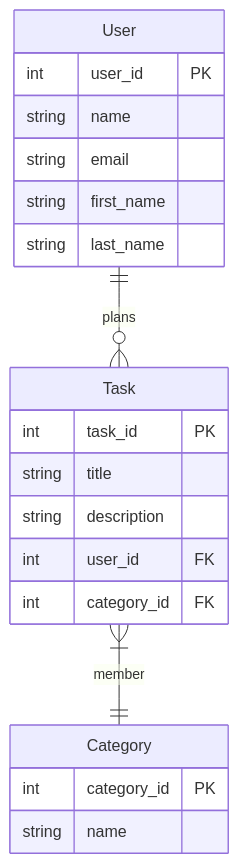
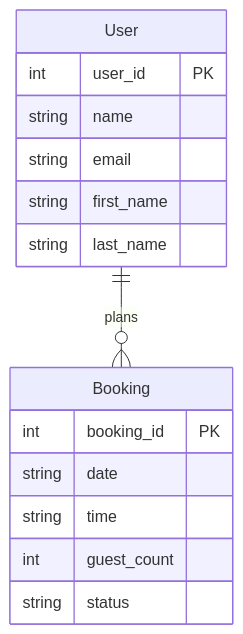
The diagram in README.md (ctr-code/mermaid-erd), drawn with Mermaid before and after one commit.

Commit message:
Basic booking system

````diff
--- a/README.md
+++ b/README.md
@@ -37,23 +37,18 @@
 ``` mermaid
 erDiagram
-    User ||--o{ Task : plans
+    User ||--o{ Booking : plans
     User {
         int user_id PK
         string name
         string email
         string first_name
         string last_name
     }
-    Task }|--|| Category : member
-    Task {
-        int task_id PK
-        string title
-        string description
-        int user_id FK
-        int category_id FK
-    }
-    Category {
-        int category_id PK
-        string name
+    Booking {
+        int booking_id PK
+        string date
+        string time
+        int guest_count
+        string status
     }
 ```
````
